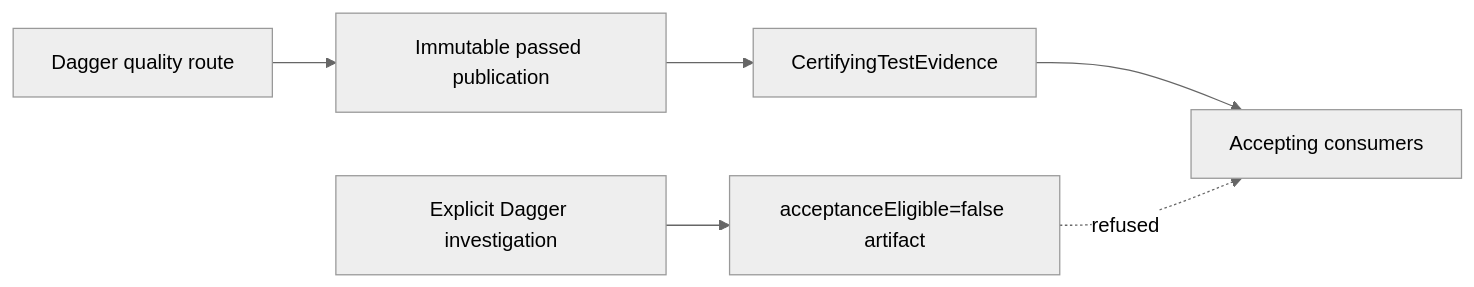
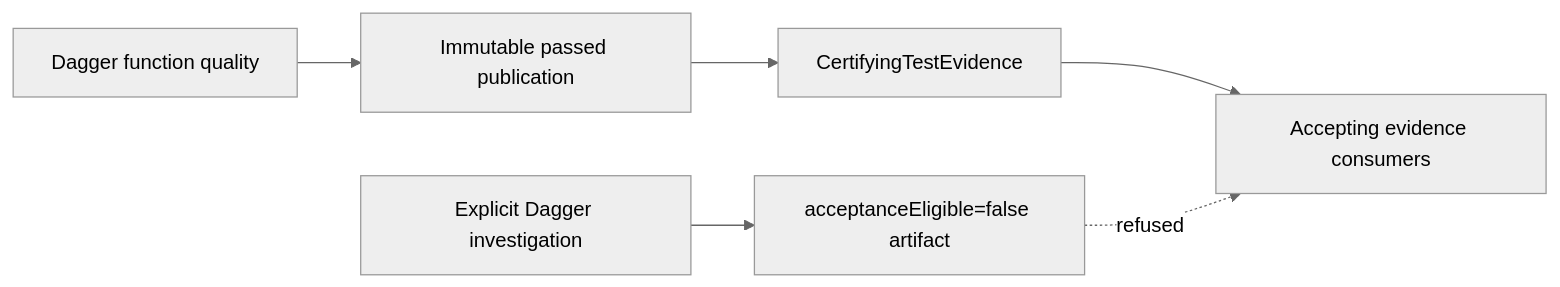
Before and after one commit to Foxfire1st/agents-remember: the diagram in docs/design/python-test-evidence.md, drawn with Mermaid (neutral theme). The commit also changed other lines of this file and 106 other files, not shown here.

````diff
--- a/docs/design/python-test-evidence.md
+++ b/docs/design/python-test-evidence.md
@@ -8,8 +19,8 @@
 ```mermaid
 flowchart LR
     I[Explicit Dagger investigation] --> N[acceptanceEligible=false artifact]
-    Q[Dagger quality route] --> P[Immutable passed publication]
+    Q[Dagger function quality] --> P[Immutable passed publication]
     P --> C[CertifyingTestEvidence]
-    C --> A[Accepting consumers]
+    C --> A[Accepting evidence consumers]
     N -. refused .-> A
 ```
````
